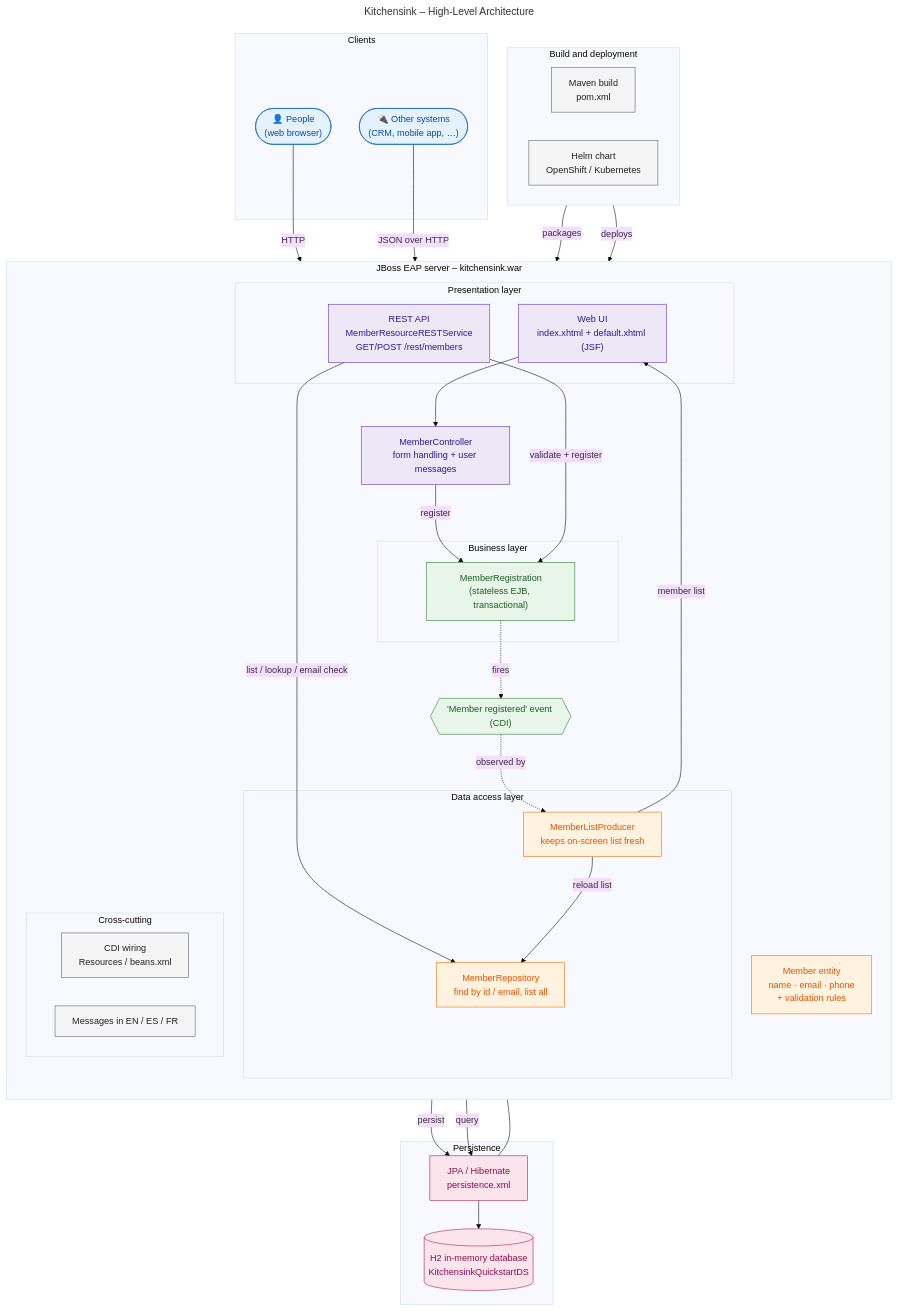
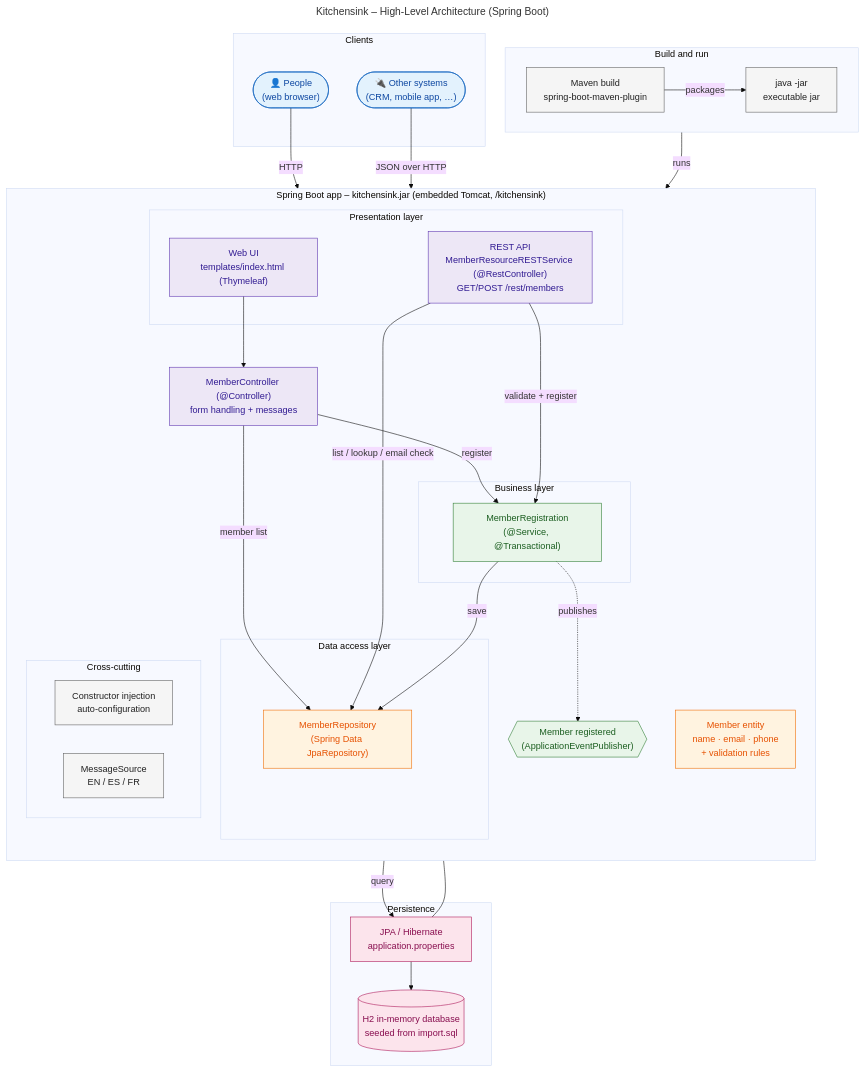
The diagram in architecture.mmd (fchui/kitchensink_spring_boot_ai_migration), drawn with Mermaid (base theme) before and after one commit. The commit also changed 42 other files, not shown here.

First line of the commit message:
refactor!: remove JBoss naming, branding and EAP docs

```diff
--- a/architecture.mmd
+++ b/architecture.mmd
@@ -1,90 +1,87 @@
 ---
-title: Kitchensink – High-Level Architecture
+title: Kitchensink – High-Level Architecture (Spring Boot)
 ---
 flowchart TB
     %% ---------- Clients ----------
     subgraph Clients["Clients"]
         Browser(["👤 People<br/>(web browser)"])
         ExtSys(["🔌 Other systems<br/>(CRM, mobile app, …)"])
     end
 
     %% ---------- Application ----------
-    subgraph EAP["JBoss EAP server – kitchensink.war"]
+    subgraph App["Spring Boot app – kitchensink.jar (embedded Tomcat, /kitchensink)"]
         direction TB
 
         subgraph Presentation["Presentation layer"]
-            UI["Web UI<br/>index.xhtml + default.xhtml (JSF)"]
-            REST["REST API<br/>MemberResourceRESTService<br/>GET/POST /rest/members"]
+            UI["Web UI<br/>templates/index.html (Thymeleaf)"]
+            REST["REST API<br/>MemberResourceRESTService (@RestController)<br/>GET/POST /rest/members"]
         end
 
-        Controller["MemberController<br/>form handling + user messages"]
+        Controller["MemberController (@Controller)<br/>form handling + messages"]
 
         subgraph Business["Business layer"]
-            Service["MemberRegistration<br/>(stateless EJB, transactional)"]
+            Service["MemberRegistration<br/>(@Service, @Transactional)"]
         end
 
-        Event{{"'Member registered' event (CDI)"}}
+        Event{{"Member registered<br/>(ApplicationEventPublisher)"}}
 
         subgraph Data["Data access layer"]
-            Repo["MemberRepository<br/>find by id / email, list all"]
-            ListProd["MemberListProducer<br/>keeps on-screen list fresh"]
+            Repo["MemberRepository<br/>(Spring Data JpaRepository)"]
         end
 
         Model["Member entity<br/>name · email · phone<br/>+ validation rules"]
 
         subgraph CrossCutting["Cross-cutting"]
             direction LR
-            CDI["CDI wiring<br/>Resources / beans.xml"]
-            I18N["Messages in EN / ES / FR"]
+            DI["Constructor injection<br/>auto-configuration"]
+            I18N["MessageSource<br/>EN / ES / FR"]
         end
     end
 
     %% ---------- Persistence ----------
     subgraph Storage["Persistence"]
-        JPA["JPA / Hibernate<br/>persistence.xml"]
-        DB[("H2 in-memory database<br/>KitchensinkQuickstartDS")]
+        JPA["JPA / Hibernate<br/>application.properties"]
+        DB[("H2 in-memory database<br/>seeded from import.sql")]
     end
 
-    %% ---------- Deployment ----------
-    subgraph Deploy["Build and deployment"]
+    %% ---------- Build ----------
+    subgraph Build["Build and run"]
         direction LR
-        Maven["Maven build<br/>pom.xml"]
-        Helm["Helm chart<br/>OpenShift / Kubernetes"]
+        Maven["Maven build<br/>spring-boot-maven-plugin"]
+        Jar["java -jar<br/>executable jar"]
     end
 
     %% ---------- Flows ----------
     Browser -->|HTTP| UI
     ExtSys -->|JSON over HTTP| REST
 
     UI --> Controller
     Controller -->|register| Service
+    Controller -->|member list| Repo
     REST -->|validate + register| Service
     REST -->|list / lookup / email check| Repo
 
-    Service -->|persist| JPA
-    Service -.->|fires| Event
-    Event -.->|observed by| ListProd
-    ListProd -->|reload list| Repo
-    ListProd -->|member list| UI
+    Service -->|save| Repo
+    Service -.->|publishes| Event
 
     Repo -->|query| JPA
     JPA --- Model
     JPA --> DB
 
-    Maven -->|packages| EAP
-    Helm -->|deploys| EAP
+    Maven -->|packages| Jar
+    Jar -->|runs| App
 
     %% ---------- Styling ----------
     classDef client fill:#e3f2fd,stroke:#1565c0,color:#0d47a1
     classDef web fill:#ede7f6,stroke:#5e35b1,color:#311b92
     classDef biz fill:#e8f5e9,stroke:#2e7d32,color:#1b5e20
     classDef data fill:#fff3e0,stroke:#ef6c00,color:#e65100
     classDef store fill:#fce4ec,stroke:#ad1457,color:#880e4f
     classDef misc fill:#f5f5f5,stroke:#616161,color:#212121
 
     class Browser,ExtSys client
     class UI,REST,Controller web
     class Service,Event biz
-    class Repo,ListProd,Model data
+    class Repo,Model data
     class JPA,DB store
-    class CDI,I18N,Maven,Helm misc
+    class DI,I18N,Maven,Jar misc
```
